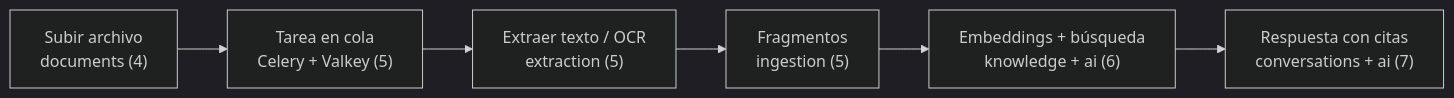
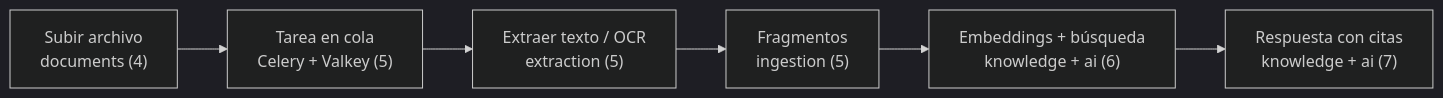
One commit to oeRusso/documind-ai changed the tenth of 10 diagrams in docs/arquitectura-del-codigo.md. Above: the diagram before and after it, drawn with Mermaid (dark theme). The commit also changed other lines of this file and 8 other files, not shown here.

````diff
--- a/docs/arquitectura-del-codigo.md
+++ b/docs/arquitectura-del-codigo.md
@@ -597,8 +636,8 @@
 ```mermaid
 flowchart LR
     U["Subir archivo<br/>documents (4)"] --> J["Tarea en cola<br/>Celery + Valkey (5)"]
     J --> E["Extraer texto / OCR<br/>extraction (5)"]
     E --> C["Fragmentos<br/>ingestion (5)"]
     C --> V["Embeddings + búsqueda<br/>knowledge + ai (6)"]
-    V --> R["Respuesta con citas<br/>conversations + ai (7)"]
+    V --> R["Respuesta con citas<br/>knowledge + ai (7)"]
 ```
````
